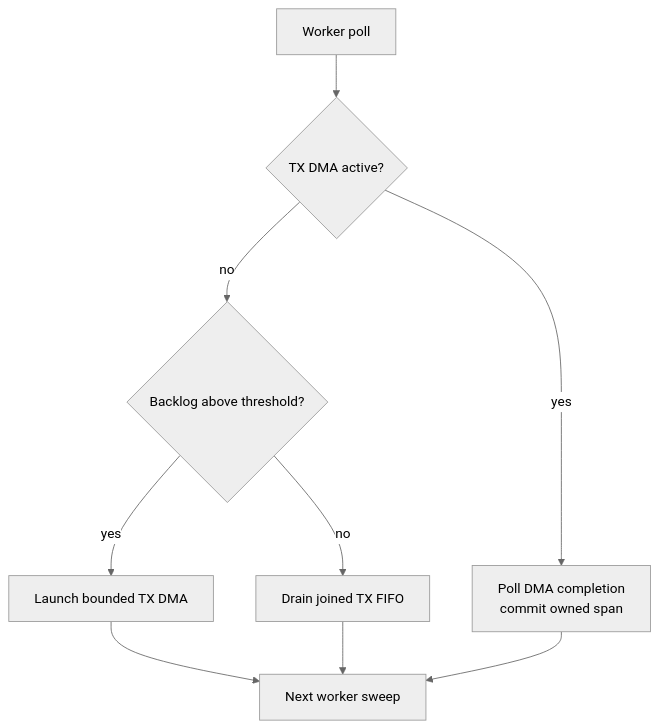
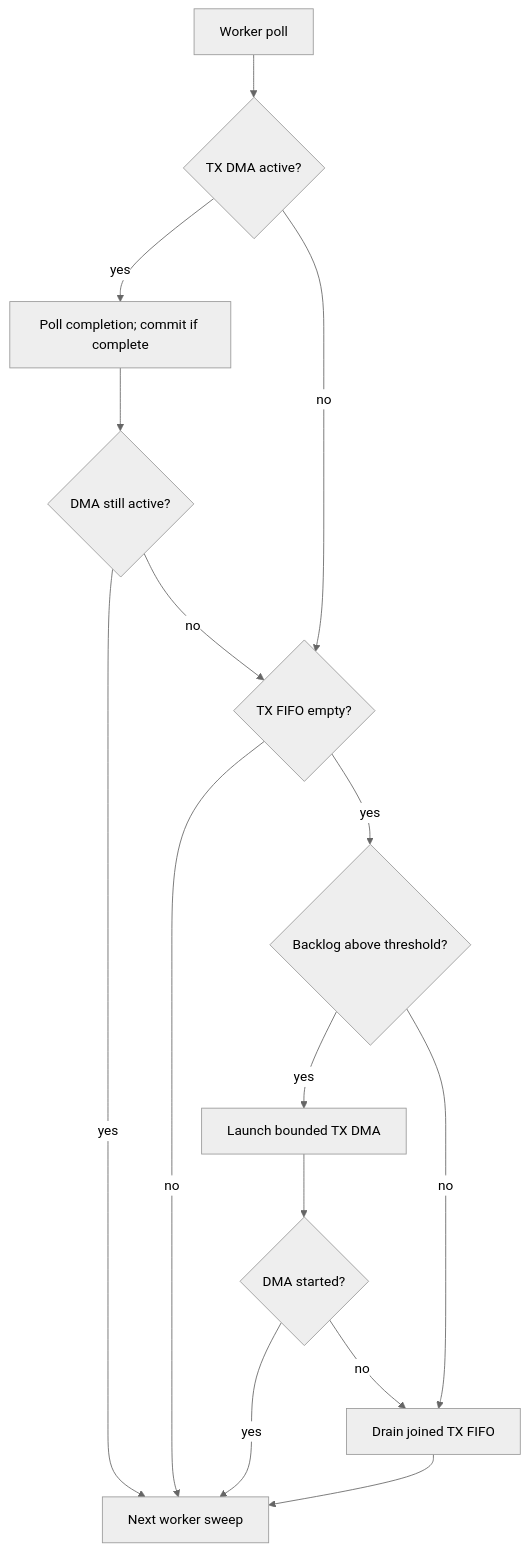
One commit to djwinter29-oss/PicoUart changed the third of 4 diagrams in docs/design/uart/pio-uart-design.md. Above: the diagram before and after it, drawn with Mermaid (neutral theme). The commit also changed other lines of this file and 85 other files, not shown here.

````diff
--- a/docs/design/uart/pio-uart-design.md
+++ b/docs/design/uart/pio-uart-design.md
@@ -100,11 +101,17 @@
 ```mermaid
 flowchart TD
   Sweep["Worker poll"] --> Active{"TX DMA active?"}
-  Active -->|yes| Complete["Poll DMA completion\ncommit owned span"]
-  Active -->|no| Backlog{"Backlog above threshold?"}
+  Active -->|yes| Complete["Poll completion; commit if complete"]
+  Complete --> Busy{"DMA still active?"}
+  Busy -->|yes| Next["Next worker sweep"]
+  Busy -->|no| Empty{"TX FIFO empty?"}
+  Active -->|no| Empty
+  Empty -->|no| Next
+  Empty -->|yes| Backlog{"Backlog above threshold?"}
   Backlog -->|yes| Launch["Launch bounded TX DMA"]
   Backlog -->|no| FIFO["Drain joined TX FIFO"]
-  Launch --> Next["Next worker sweep"]
+  Launch --> Started{"DMA started?"}
+  Started -->|yes| Next
+  Started -->|no| FIFO
   FIFO --> Next
-  Complete --> Next
 ```
````
